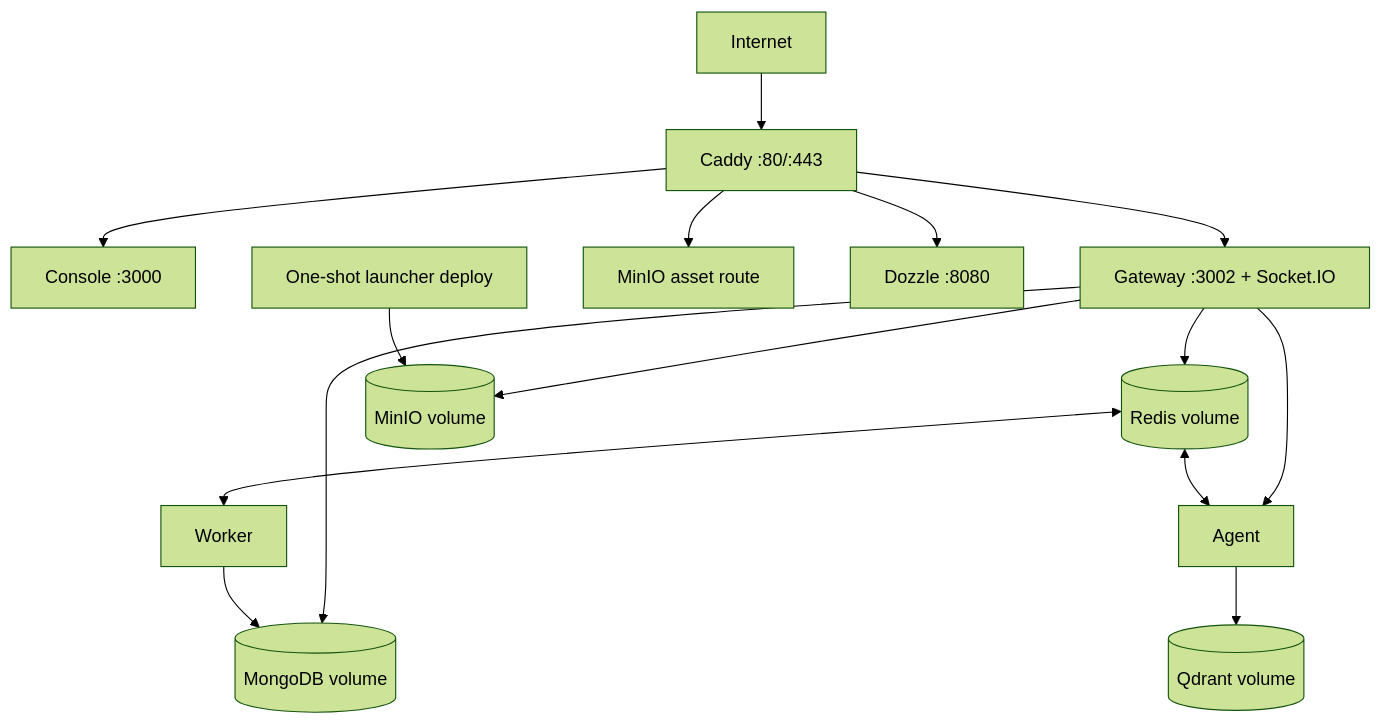
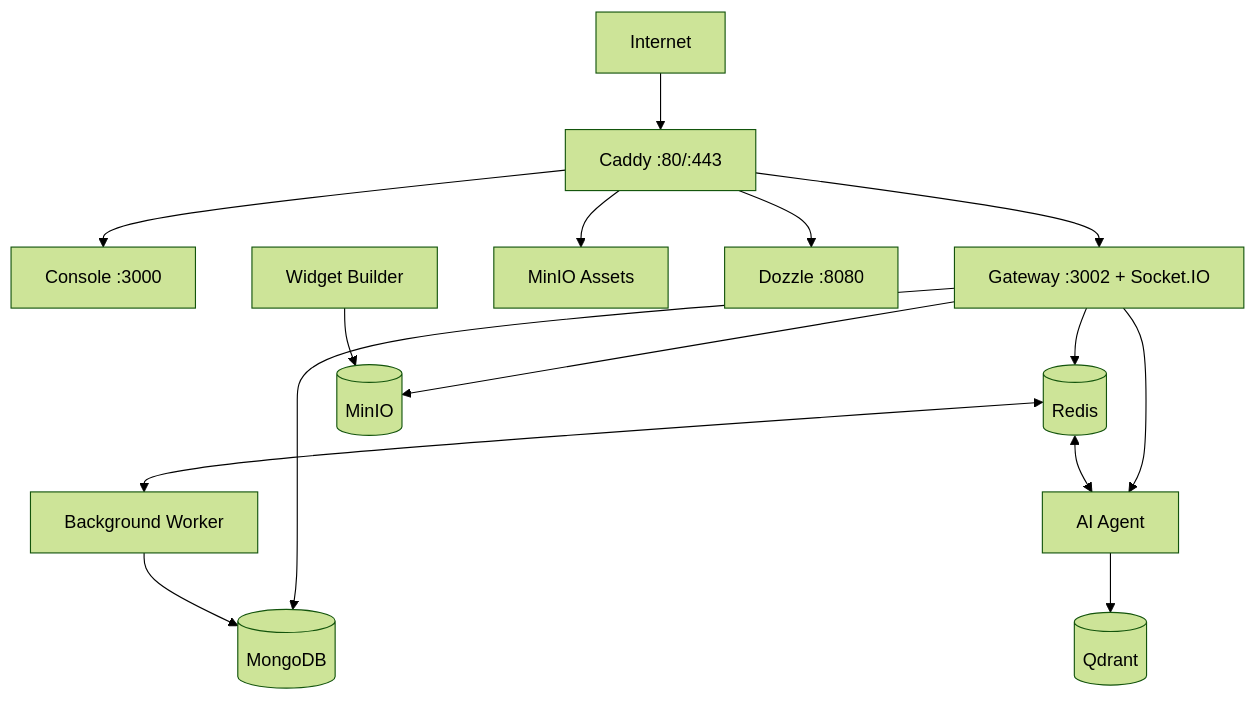
The diagram in self-hosting/architecture.mdx (InteraOne/docs), drawn with Mermaid (forest theme) before and after one commit. The commit also changed other lines of this file and 1 other file, not shown here.

````diff
--- a/self-hosting/architecture.mdx
+++ b/self-hosting/architecture.mdx
@@ -10,17 +12,25 @@
 ```mermaid
 flowchart TB
-  Internet --> Caddy[Caddy :80/:443]
-  Caddy --> Web[Console :3000]
-  Caddy --> API[Gateway :3002 + Socket.IO]
-  Caddy --> CDN[MinIO asset route]
-  Caddy --> Logs[Dozzle :8080]
-  API --> Mongo[(MongoDB volume)]
-  API --> Redis[(Redis volume)]
-  API --> MinIO[(MinIO volume)]
-  API --> Agent[Agent]
-  Redis <--> Agent
-  Agent --> Qdrant[(Qdrant volume)]
-  Redis <--> Worker[Worker]
-  Worker --> Mongo
-  Launcher[One-shot launcher deploy] --> MinIO
+    Internet --> Caddy[Caddy :80/:443]
+
+    Caddy --> Web[Console :3000]
+    Caddy --> API[Gateway :3002 + Socket.IO]
+    Caddy --> CDN[MinIO Assets]
+    Caddy --> Logs[Dozzle :8080]
+
+    API --> Mongo[(MongoDB)]
+    API --> Redis[(Redis)]
+    API --> MinIO[(MinIO)]
+
+    API --> Agent[AI Agent]
+
+    Redis <--> Agent
+
+    Agent --> Qdrant[(Qdrant)]
+
+    Redis <--> Worker[Background Worker]
+
+    Worker --> Mongo
+
+    Launcher[Widget Builder] --> MinIO
 ```
````
